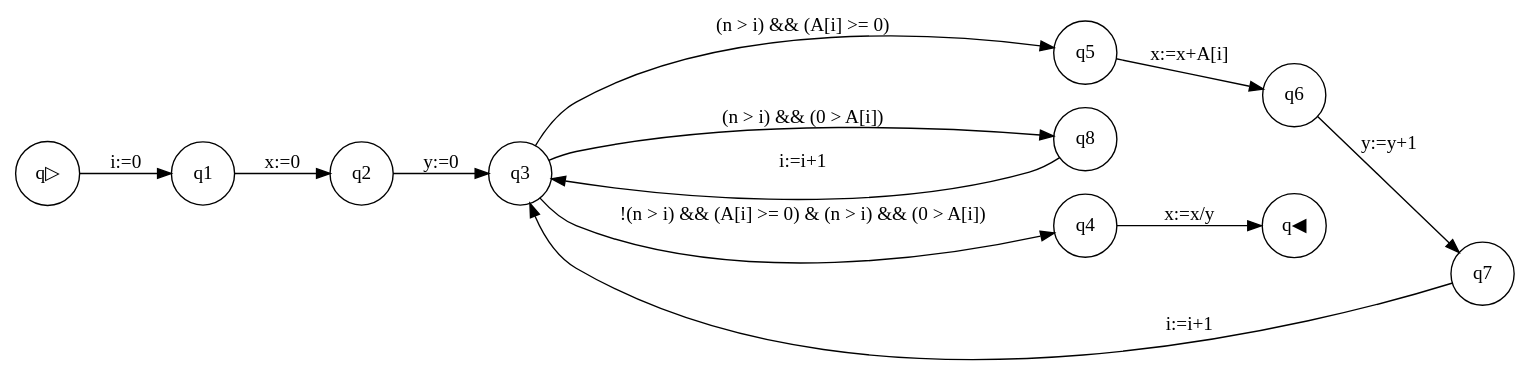
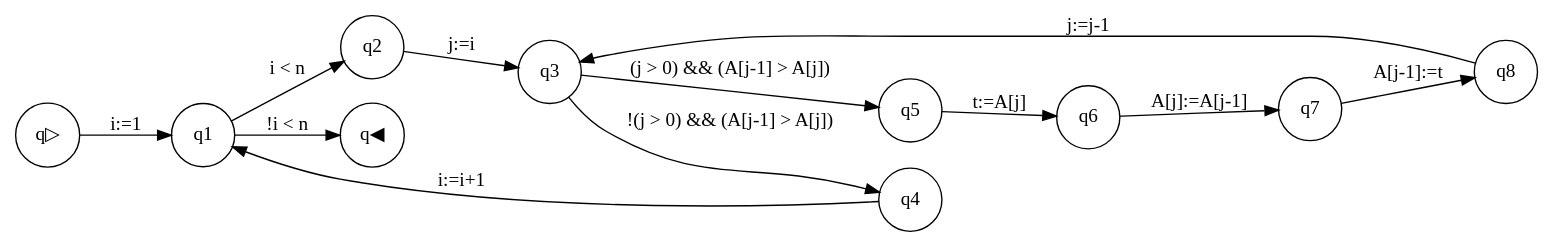
One commit to Luppilau/Parser changed the diagram in Parser/src/input-output/output.dot. Above: the diagram before and after it, drawn with Graphviz. The commit also changed 3 other files, not shown here.

```diff
--- a/Parser/src/input-output/output.dot
+++ b/Parser/src/input-output/output.dot
@@ -1,15 +1,15 @@
 digraph G {
 rankdir=LR;
 node [shape = circle]
-q▷ -> q1 [label="i:=0"] 
-q1 -> q2 [label="x:=0"] 
-q2 -> q3 [label="y:=0"] 
-q5 -> q6 [label="x:=x+A[i]"] 
-q6 -> q7 [label="y:=y+1"] 
-q7 -> q3 [label="i:=i+1"] 
-q3 -> q5 [label="(n > i) && (A[i] >= 0)"] 
-q8 -> q3 [label="i:=i+1"] 
-q3 -> q8 [label="(n > i) && (0 > A[i])"] 
-q3 -> q4 [label="!(n > i) && (A[i] >= 0) & (n > i) && (0 > A[i])"] 
-q4 -> q◀ [label="x:=x/y"] 
+q▷ -> q1 [label="i:=1"] 
+q2 -> q3 [label="j:=i"] 
+q5 -> q6 [label="t:=A[j]"] 
+q6 -> q7 [label="A[j]:=A[j-1]"] 
+q7 -> q8 [label="A[j-1]:=t"] 
+q8 -> q3 [label="j:=j-1"] 
+q3 -> q5 [label="(j > 0) && (A[j-1] > A[j])"] 
+q3 -> q4 [label="!(j > 0) && (A[j-1] > A[j])"] 
+q4 -> q1 [label="i:=i+1"] 
+q1 -> q2 [label="i < n"] 
+q1 -> q◀ [label="!i < n"] 
 }
```
